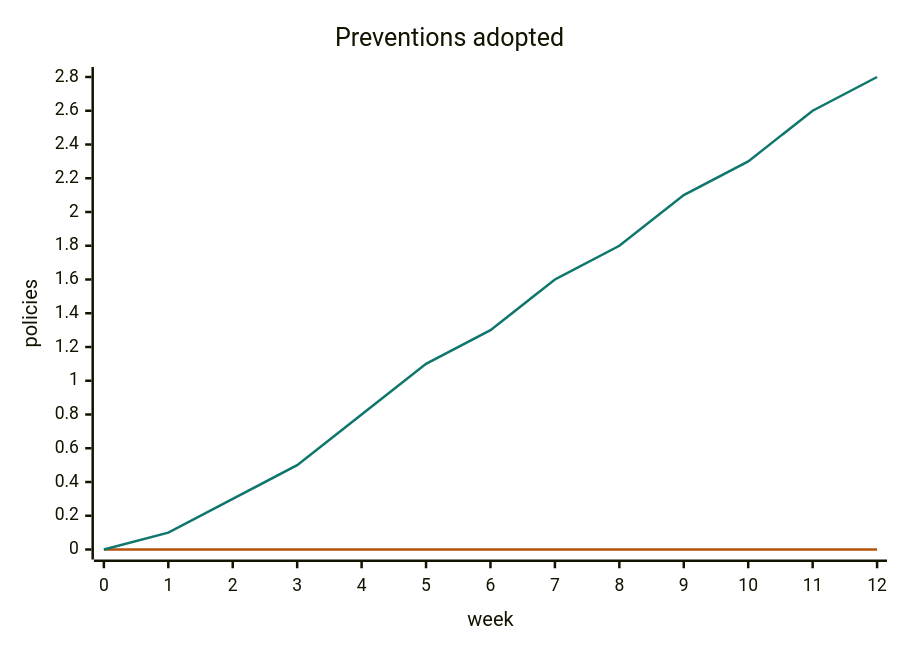
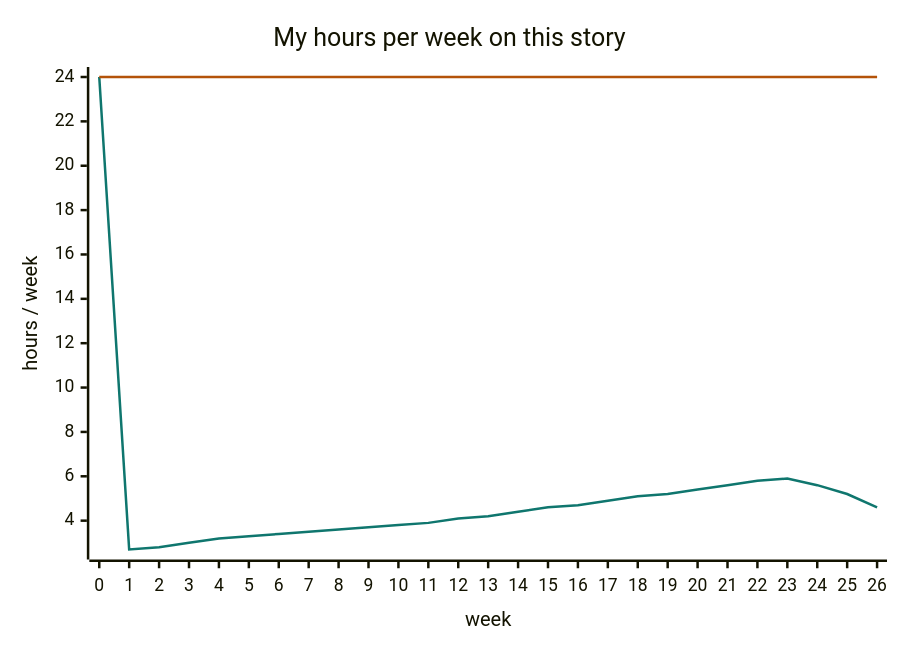
One commit to danroblewis/orchestra changed the ninth of 38 diagrams in docs/user-story-diagrams.md. Above: the diagram before and after it, drawn with Mermaid. The commit also changed other lines of this file and 30 other files, not shown here.

````diff
--- a/docs/user-story-diagrams.md
+++ b/docs/user-story-diagrams.md
@@ -235,14 +222,14 @@
 ```mermaid
 ---
 config:
   themeVariables:
     xyChart:
-      plotColorPalette: "#b45309, #0f766e"
+      plotColorPalette: "#0f766e, #b45309"
 ---
 xychart-beta
-  title "Preventions adopted"
-  x-axis "week" [0, 1, 2, 3, 4, 5, 6, 7, 8, 9, 10, 11, 12]
-  y-axis "policies"
-  line [0.0, 0.0, 0.0, 0.0, 0.0, 0.0, 0.0, 0.0, 0.0, 0.0, 0.0, 0.0, 0.0]
-  line [0.0, 0.1, 0.3, 0.5, 0.8, 1.1, 1.3, 1.6, 1.8, 2.1, 2.3, 2.6, 2.8]
+  title "My hours per week on this story"
+  x-axis "week" [0, 1, 2, 3, 4, 5, 6, 7, 8, 9, 10, 11, 12, 13, 14, 15, 16, 17, 18, 19, 20, 21, 22, 23, 24, 25, 26]
+  y-axis "hours / week"
+  line [24.0, 2.7, 2.8, 3.0, 3.2, 3.3, 3.4, 3.5, 3.6, 3.7, 3.8, 3.9, 4.1, 4.2, 4.4, 4.6, 4.7, 4.9, 5.1, 5.2, 5.4, 5.6, 5.8, 5.9, 5.6, 5.2, 4.6]
+  line [24.0, 24.0, 24.0, 24.0, 24.0, 24.0, 24.0, 24.0, 24.0, 24.0, 24.0, 24.0, 24.0, 24.0, 24.0, 24.0, 24.0, 24.0, 24.0, 24.0, 24.0, 24.0, 24.0, 24.0, 24.0, 24.0, 24.0]
 ```
````
